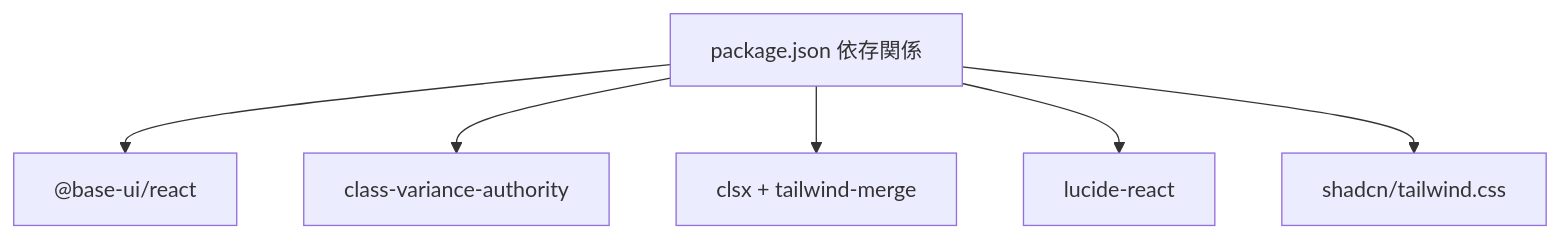
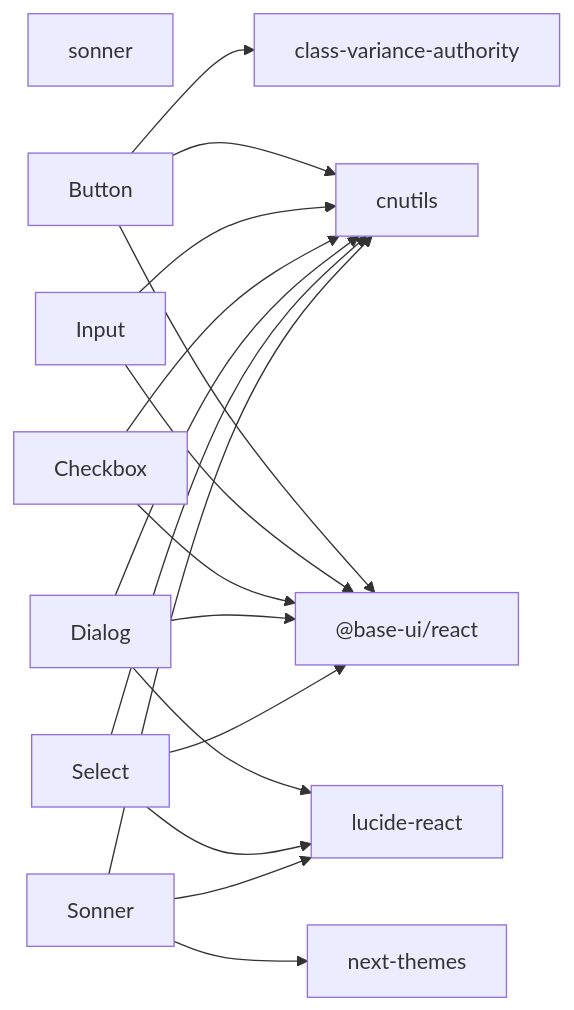
The tenth of 10 diagrams in .qoder/repowiki/ja/content/フロントエンドアーキテクチャ/UIコンポーネント.md (ss8806/Todos), drawn with Mermaid before and after one commit. The commit also changed other lines of this file and 106 other files, not shown here.

````diff
--- a/.qoder/repowiki/ja/content/フロントエンドアーキテクチャ/UIコンポーネント.md
+++ b/.qoder/repowiki/ja/content/フロントエンドアーキテクチャ/UIコンポーネント.md
@@ -380,14 +539,25 @@
 ```mermaid
-graph TB
-PKG["package.json 依存関係"]
+graph LR
+CVA["class-variance-authority"]
 BASE["@base-ui/react"]
-CVA["class-variance-authority"]
-CN["clsx + tailwind-merge"]
-SHADCN["shadcn/tailwind.css"]
 LUCIDE["lucide-react"]
-PKG --> BASE
-PKG --> CVA
-PKG --> CN
-PKG --> LUCIDE
-PKG --> SHADCN
+NEXTTHEMES["next-themes"]
+SONNER["sonner"]
+CN["cnutils"]
+BTN["Button"] --> CVA
+BTN --> CN
+BTN --> BASE
+INP["Input"] --> CN
+INP --> BASE
+CHK["Checkbox"] --> CN
+CHK --> BASE
+DLG["Dialog"] --> CN
+DLG --> BASE
+DLG --> LUCIDE
+SEL["Select"] --> CN
+SEL --> BASE
+SEL --> LUCIDE
+SON["Sonner"] --> NEXTTHEMES
+SON --> LUCIDE
+SON --> CN
 ```
````
